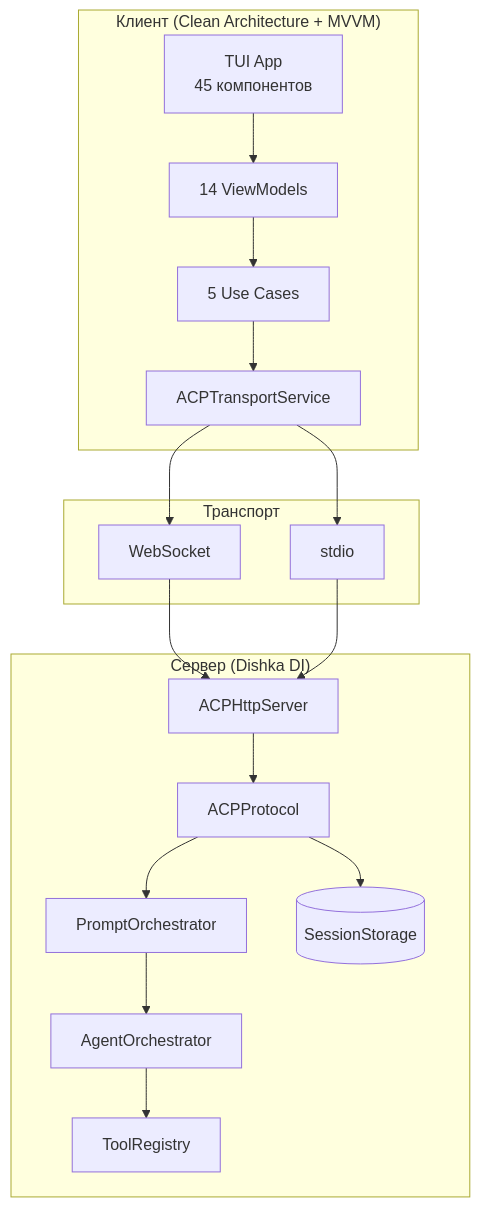
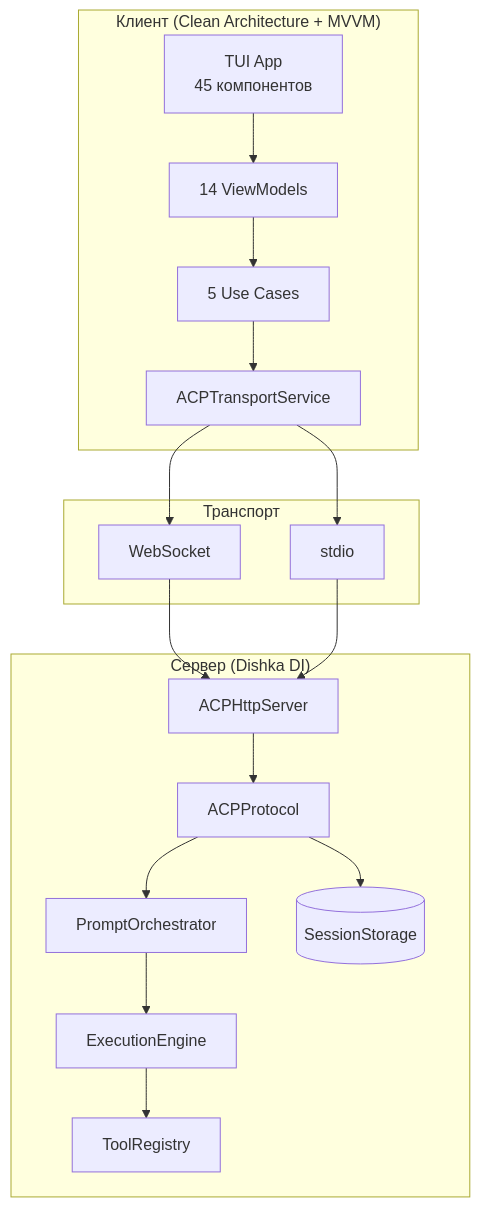
Before and after one commit to pese-git/codelab-agent: the first of 5 diagrams in doc/product/developer-guide/01-architecture.md, drawn with Mermaid. The commit also changed other lines of this file and 5 other files, not shown here.

First line of the commit message:
docs: заменить AgentOrchestrator на ExecutionEngine, обновить описания

````diff
--- a/doc/product/developer-guide/01-architecture.md
+++ b/doc/product/developer-guide/01-architecture.md
@@ -9,29 +9,29 @@
 ```mermaid
 graph TB
     subgraph Client["Клиент (Clean Architecture + MVVM)"]
         TUI[TUI App<br/>45 компонентов]
         VM[14 ViewModels]
         UC[5 Use Cases]
         TS[ACPTransportService]
     end
     
     subgraph Transport["Транспорт"]
         WS[WebSocket]
         STDIO[stdio]
     end
     
     subgraph Server["Сервер (Dishka DI)"]
         HTTP[ACPHttpServer]
         AP[ACPProtocol]
         PO[PromptOrchestrator]
-        AO[AgentOrchestrator]
+        EE[ExecutionEngine]
         TR[ToolRegistry]
         Storage[(SessionStorage)]
     end
     
     TUI --> VM --> UC --> TS
     TS --> WS & STDIO
     WS & STDIO --> HTTP --> AP --> PO
-    PO --> AO --> TR
+    PO --> EE --> TR
     AP --> Storage
 ```
````
